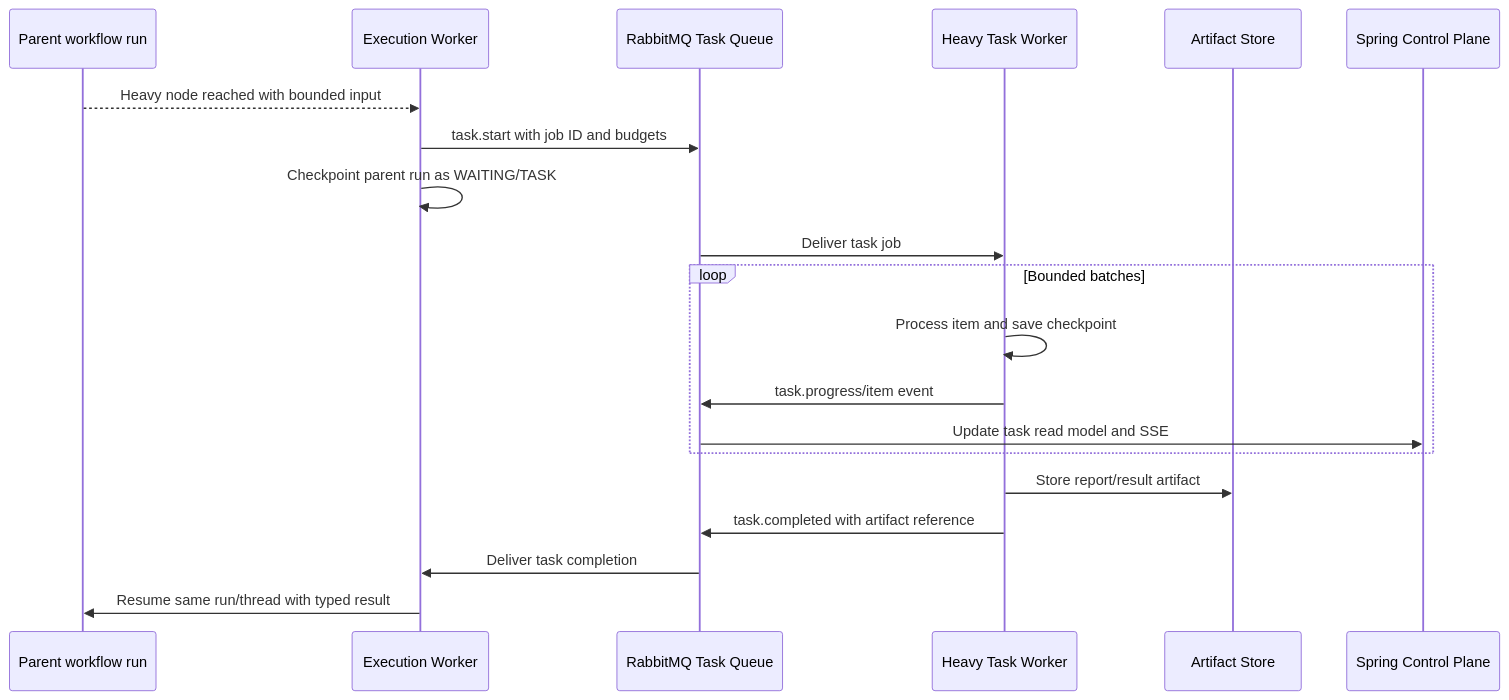
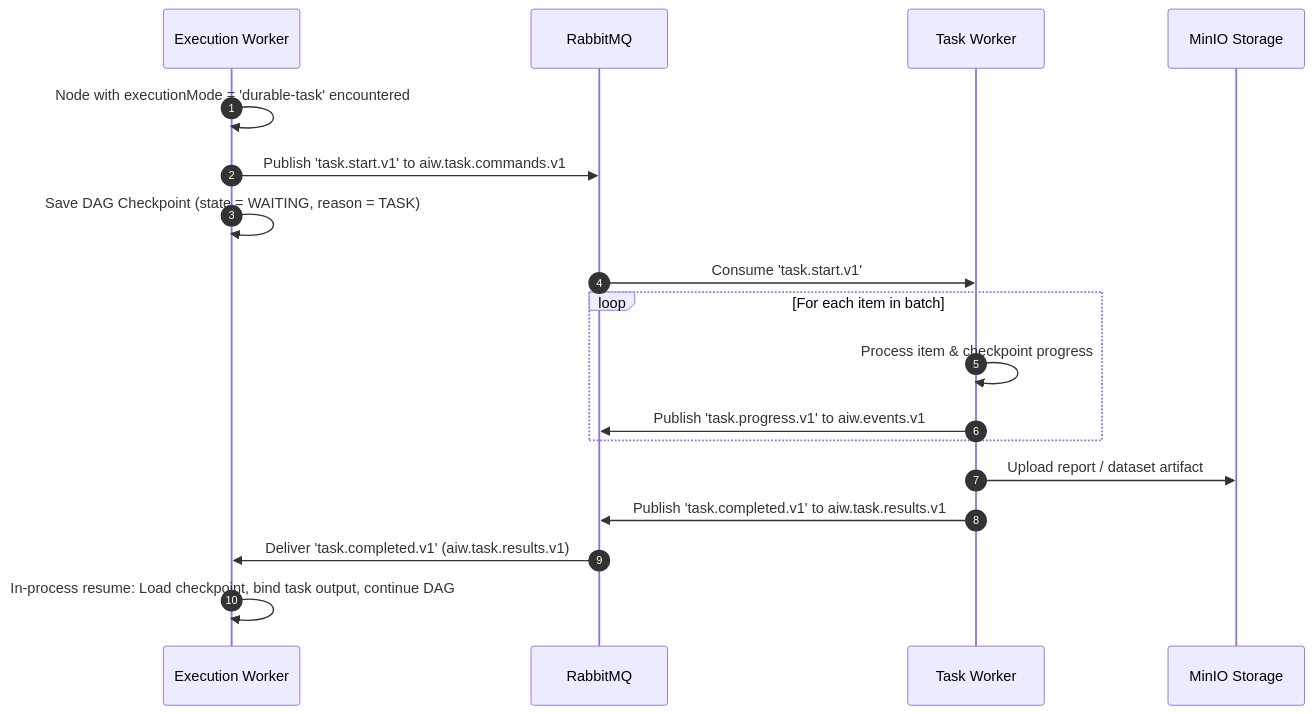
The fifth of 5 diagrams in design/HLD.md (ShriNarayanPandey01/Ai_Workflow), drawn with Mermaid before and after one commit. The commit also changed other lines of this file and 17 other files, not shown here.

````diff
--- a/design/HLD.md
+++ b/design/HLD.md
@@ -333,23 +227,23 @@
 ```mermaid
 sequenceDiagram
-    participant Runner as Parent workflow run
+    autonumber
     participant EW as Execution Worker
-    participant MQ as RabbitMQ Task Queue
-    participant TW as Heavy Task Worker
-    participant Obj as Artifact Store
-    participant CP as Spring Control Plane
+    participant MQ as RabbitMQ
+    participant TW as Task Worker
+    participant S3 as MinIO Storage
 
-    Runner-->>EW: Heavy node reached with bounded input
-    EW->>MQ: task.start with job ID and budgets
-    EW->>EW: Checkpoint parent run as WAITING/TASK
-    MQ->>TW: Deliver task job
-    loop Bounded batches
-        TW->>TW: Process item and save checkpoint
-        TW->>MQ: task.progress/item event
-        MQ->>CP: Update task read model and SSE
+    EW->>EW: Node with executionMode = 'durable-task' encountered
+    EW->>MQ: Publish 'task.start.v1' to aiw.task.commands.v1
+    EW->>EW: Save DAG Checkpoint (state = WAITING, reason = TASK)
+    
+    MQ->>TW: Consume 'task.start.v1'
+    loop For each item in batch
+        TW->>TW: Process item & checkpoint progress
+        TW->>MQ: Publish 'task.progress.v1' to aiw.events.v1
     end
-    TW->>Obj: Store report/result artifact
-    TW->>MQ: task.completed with artifact reference
-    MQ->>EW: Deliver task completion
-    EW->>Runner: Resume same run/thread with typed result
+    TW->>S3: Upload report / dataset artifact
+    TW->>MQ: Publish 'task.completed.v1' to aiw.task.results.v1
+    
+    MQ->>EW: Deliver 'task.completed.v1' (aiw.task.results.v1)
+    EW->>EW: In-process resume: Load checkpoint, bind task output, continue DAG
 ```
````
